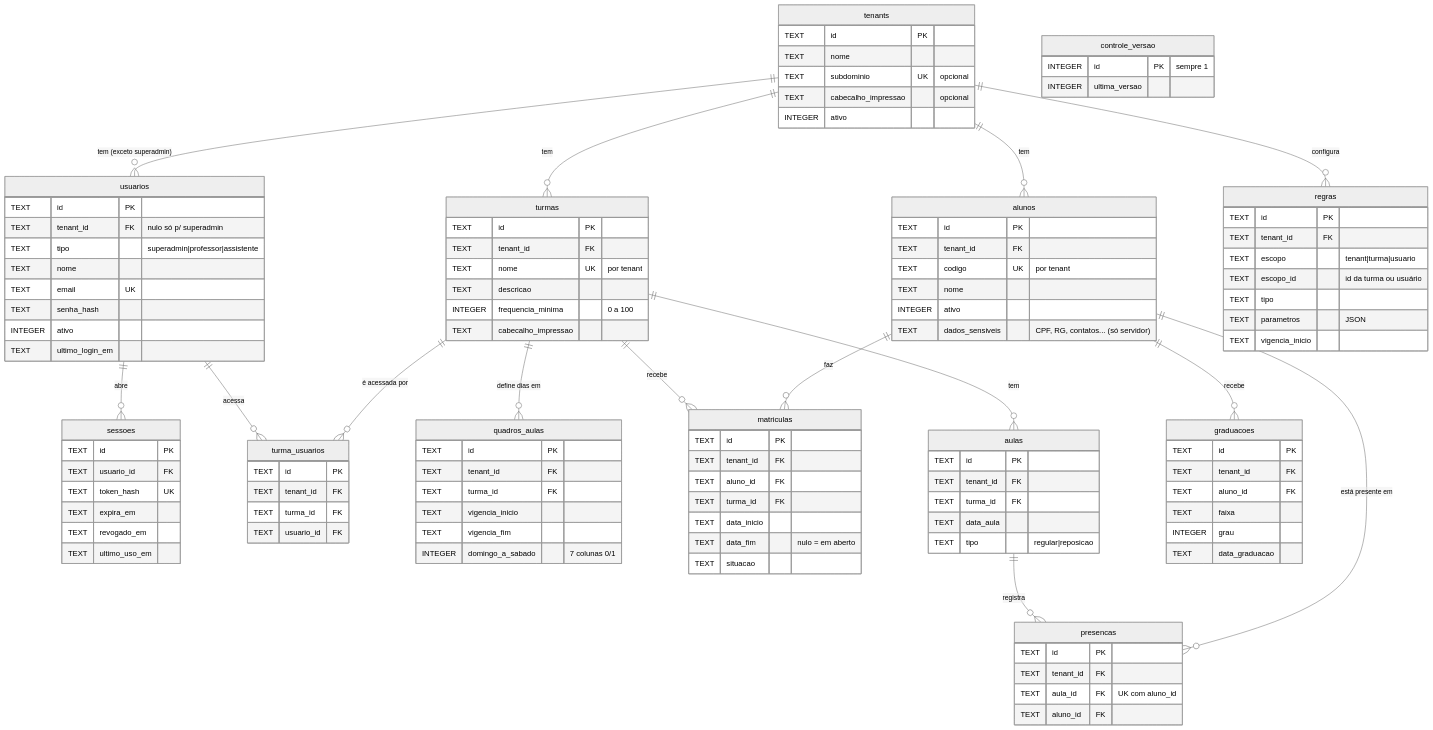
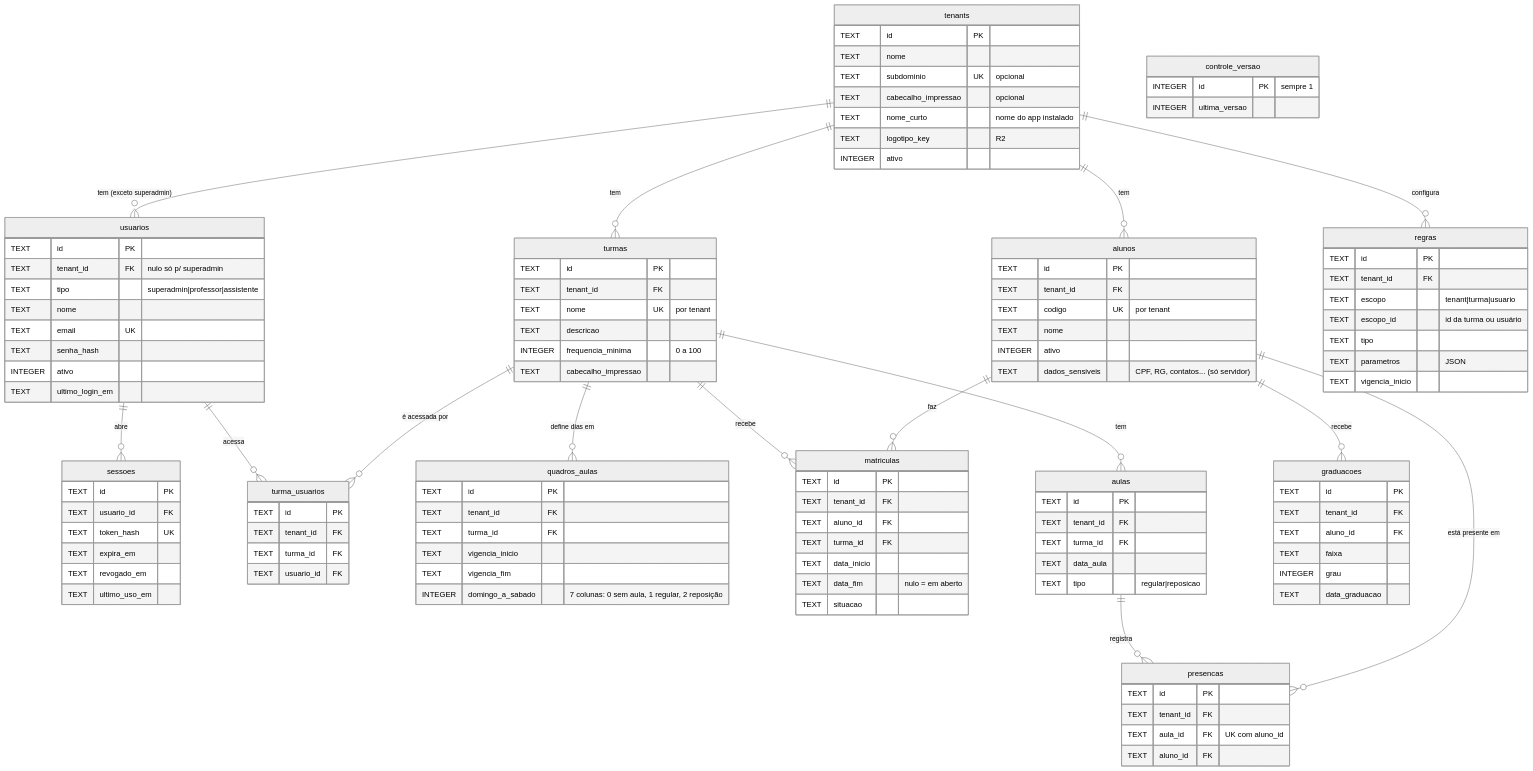
One commit to PierreSalves/pwa-controle-presenca changed the diagram in docs/banco-de-dados.md. Above: the diagram before and after it, drawn with Mermaid (neutral theme). The commit also changed other lines of this file and 3 other files, not shown here.

```diff
--- a/docs/banco-de-dados.md
+++ b/docs/banco-de-dados.md
@@ -54,6 +59,8 @@
         TEXT nome
         TEXT subdominio UK "opcional"
         TEXT cabecalho_impressao "opcional"
+        TEXT nome_curto "nome do app instalado"
+        TEXT logotipo_key "R2"
         INTEGER ativo
     }
     usuarios {
@@ -119,7 +126,7 @@
         TEXT turma_id FK
         TEXT vigencia_inicio
         TEXT vigencia_fim
-        INTEGER domingo_a_sabado "7 colunas 0/1"
+        INTEGER domingo_a_sabado "7 colunas: 0 sem aula, 1 regular, 2 reposição"
     }
     aulas {
         TEXT id PK
```
